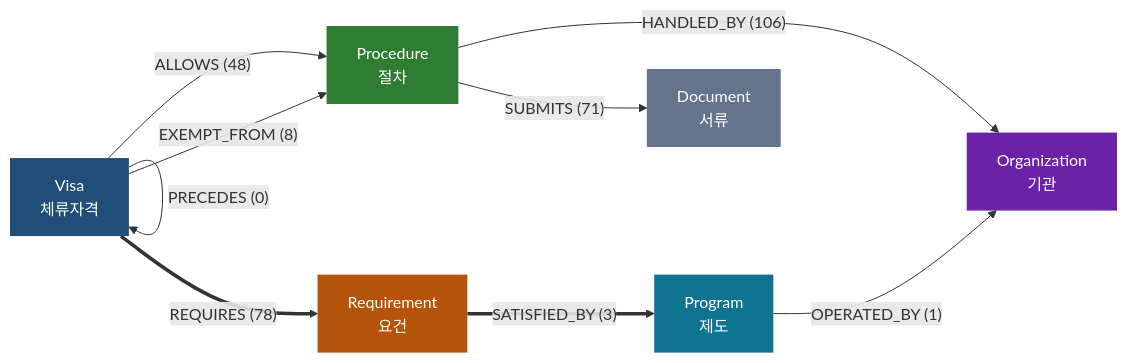
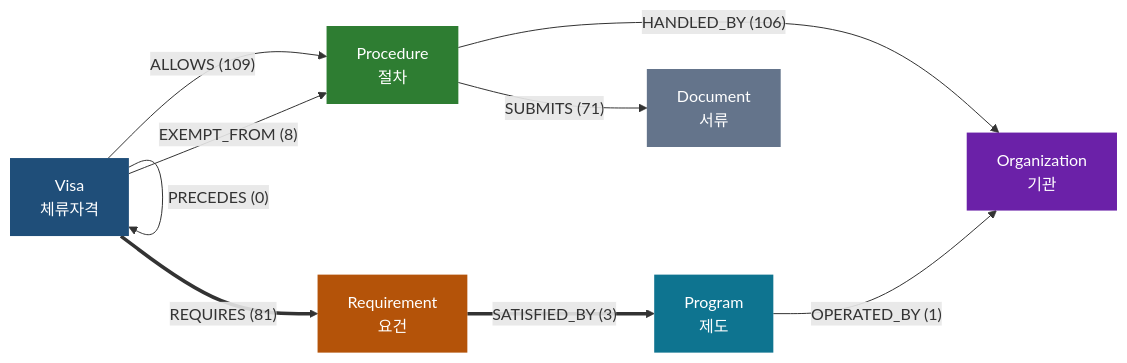
One commit to jubyeong-kim/visa-graph-agent changed the diagram in output/schema.md. Above: the diagram before and after it, drawn with Mermaid. The commit also changed 14 other files, not shown here.

````diff
--- a/output/schema.md
+++ b/output/schema.md
@@ -5,26 +5,26 @@
 ```mermaid
 graph LR
   Visa["Visa<br/>체류자격"]
   Procedure["Procedure<br/>절차"]
   Requirement["Requirement<br/>요건"]
   Organization["Organization<br/>기관"]
   Program["Program<br/>제도"]
   Document["Document<br/>서류"]
 
   Visa ==>|"CONVERTS_TO (16)"| Visa
-  Visa ==>|"REQUIRES (78)"| Requirement
-  Visa -->|"ALLOWS (48)"| Procedure
+  Visa ==>|"REQUIRES (81)"| Requirement
+  Visa -->|"ALLOWS (109)"| Procedure
   Visa -->|"EXEMPT_FROM (8)"| Procedure
   Procedure -->|"HANDLED_BY (106)"| Organization
   Procedure -->|"SUBMITS (71)"| Document
   Requirement ==>|"SATISFIED_BY (3)"| Program
   Program -->|"OPERATED_BY (1)"| Organization
   Visa -->|"PRECEDES (0)"| Visa
 
   style Visa fill:#1f4e79,color:#fff,stroke:none
   style Procedure fill:#2e7d32,color:#fff,stroke:none
   style Requirement fill:#b45309,color:#fff,stroke:none
   style Organization fill:#6b21a8,color:#fff,stroke:none
   style Program fill:#0e7490,color:#fff,stroke:none
   style Document fill:#64748b,color:#fff,stroke:none
 ```
````
